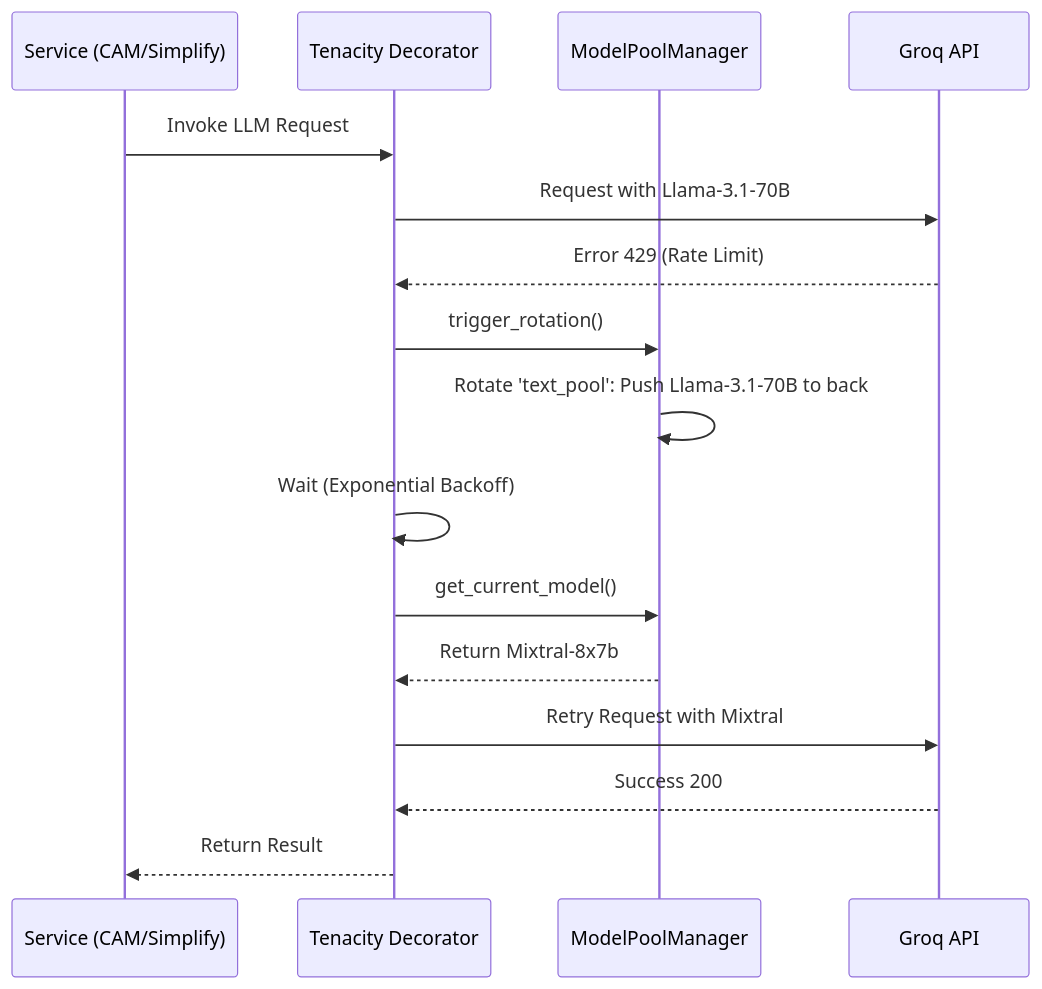
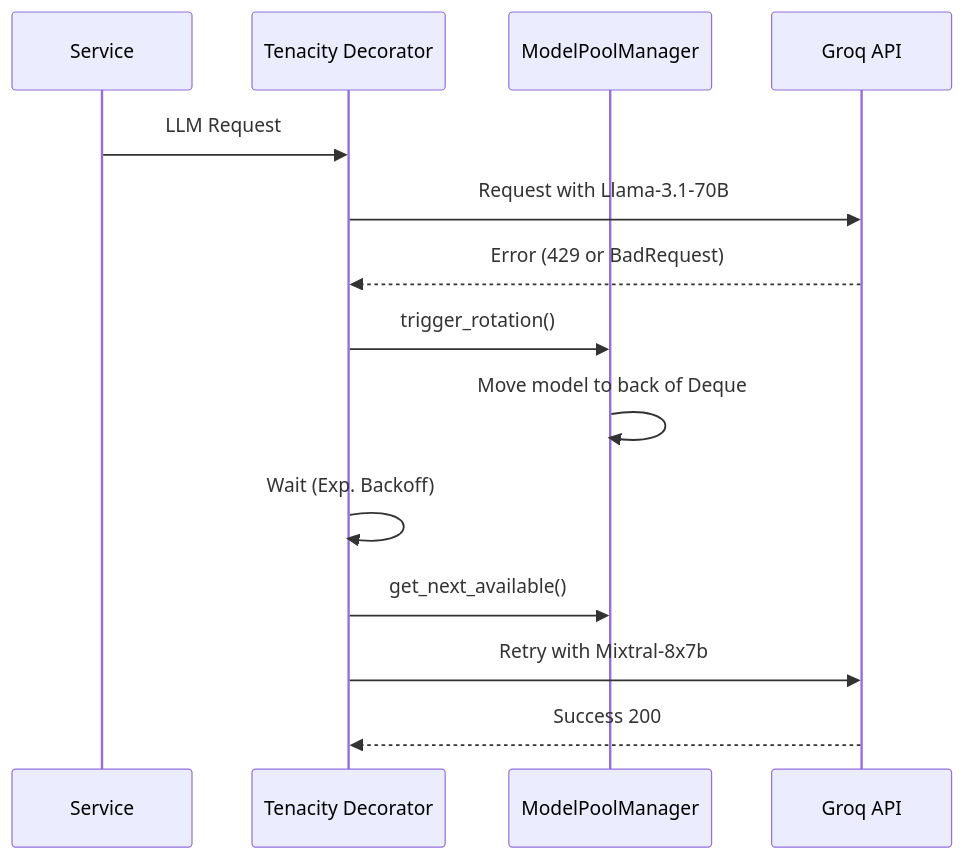
One commit to Insha-7/NeuroRead changed the eighth of 8 diagrams in README.md. Above: the diagram before and after it, drawn with Mermaid. The commit also changed other lines of this file, not shown here.

````diff
--- a/README.md
+++ b/README.md
@@ -62,19 +139,17 @@
 ```mermaid
 sequenceDiagram
-    participant S as Service (CAM/Simplify)
+    participant S as Service
     participant T as Tenacity Decorator
     participant P as ModelPoolManager
     participant G as Groq API
 
-    S->>T: Invoke LLM Request
+    S->>T: LLM Request
     T->>G: Request with Llama-3.1-70B
-    G-->>T: Error 429 (Rate Limit)
+    G-->>T: Error (429 or BadRequest)
     T->>P: trigger_rotation()
-    P->>P: Rotate 'text_pool': Push Llama-3.1-70B to back
-    T->>T: Wait (Exponential Backoff)
-    T->>P: get_current_model()
-    P-->>T: Return Mixtral-8x7b
-    T->>G: Retry Request with Mixtral
+    P->>P: Move model to back of Deque
+    T->>T: Wait (Exp. Backoff)
+    T->>P: get_next_available()
+    T->>G: Retry with Mixtral-8x7b
     G-->>T: Success 200
-    T-->>S: Return Result
 ```
````
